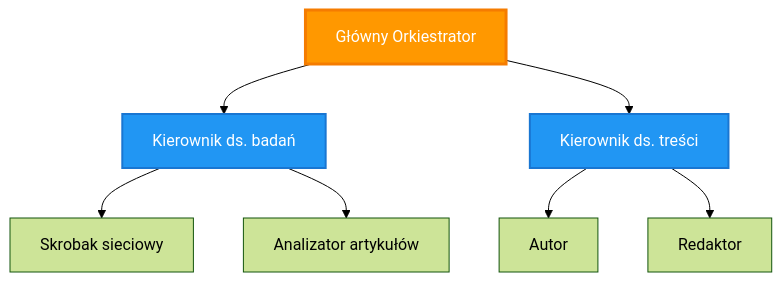
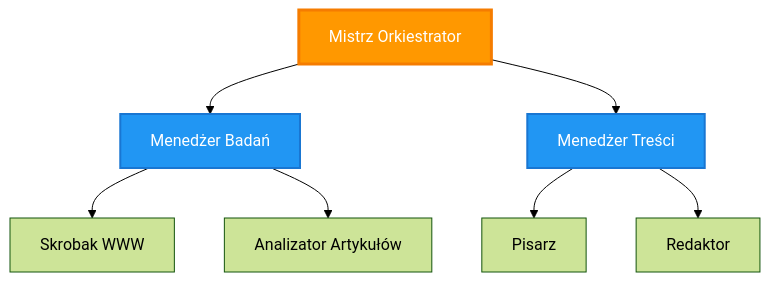
Before and after one commit to microsoft/AZD-for-beginners: the third of 6 diagrams in translations/pl/docs/chapter-06-pre-deployment/coordination-patterns.md, drawn with Mermaid (forest theme). The commit also changed other lines of this file and 101 other files, not shown here.

````diff
--- a/translations/pl/docs/chapter-06-pre-deployment/coordination-patterns.md
+++ b/translations/pl/docs/chapter-06-pre-deployment/coordination-patterns.md
@@ -149,21 +143,21 @@
 ```mermaid
 graph TB
-    Master[Główny Orkiestrator]
-    Manager1[Kierownik ds. badań]
-    Manager2[Kierownik ds. treści]
-    W1[Skrobak sieciowy]
-    W2[Analizator artykułów]
-    W3[Autor]
+    Master[Mistrz Orkiestrator]
+    Manager1[Menedżer Badań]
+    Manager2[Menedżer Treści]
+    W1[Skrobak WWW]
+    W2[Analizator Artykułów]
+    W3[Pisarz]
     W4[Redaktor]
     
     Master --> Manager1
     Master --> Manager2
     Manager1 --> W1
     Manager1 --> W2
     Manager2 --> W3
     Manager2 --> W4
     
     style Master fill:#FF9800,stroke:#F57C00,stroke-width:3px,color:#fff
     style Manager1 fill:#2196F3,stroke:#1976D2,stroke-width:2px,color:#fff
     style Manager2 fill:#2196F3,stroke:#1976D2,stroke-width:2px,color:#fff
 ```
````
